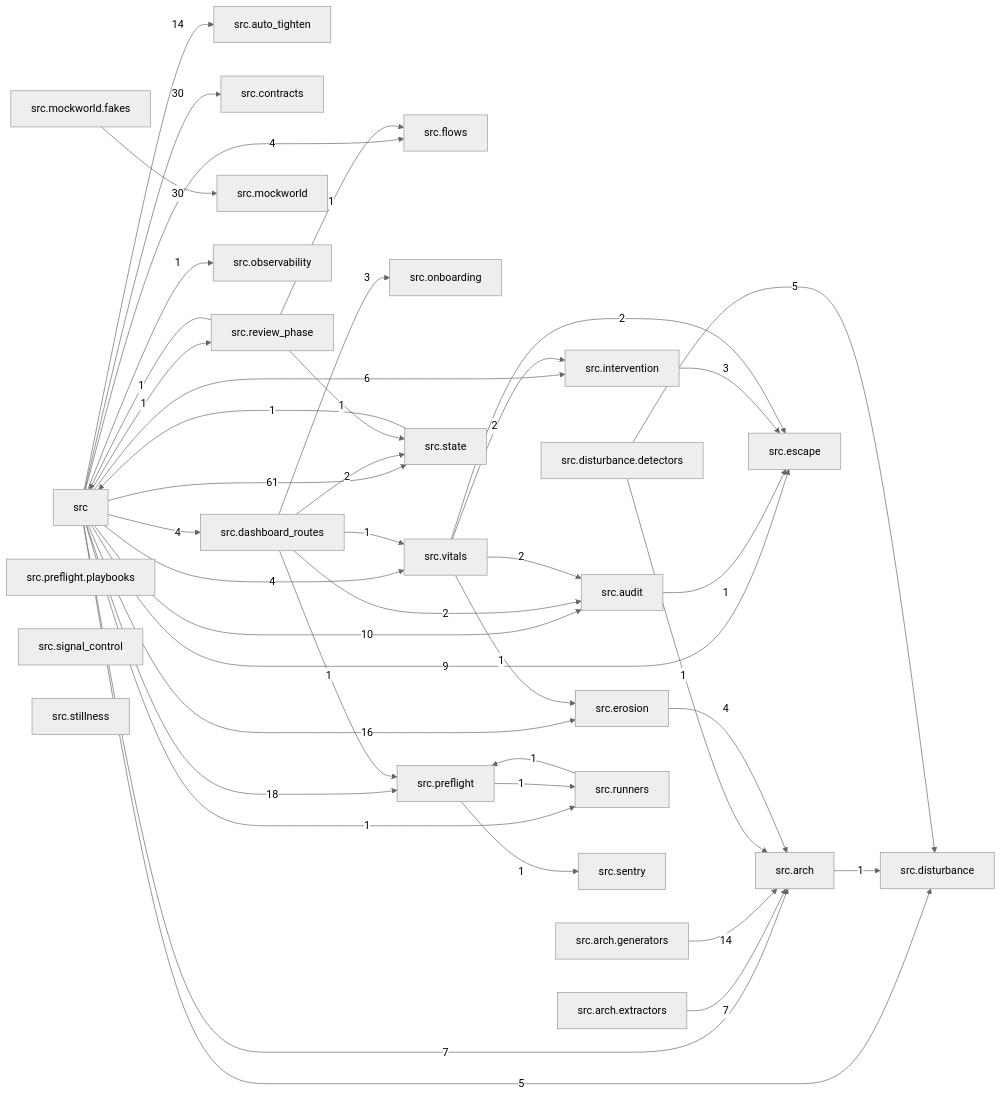
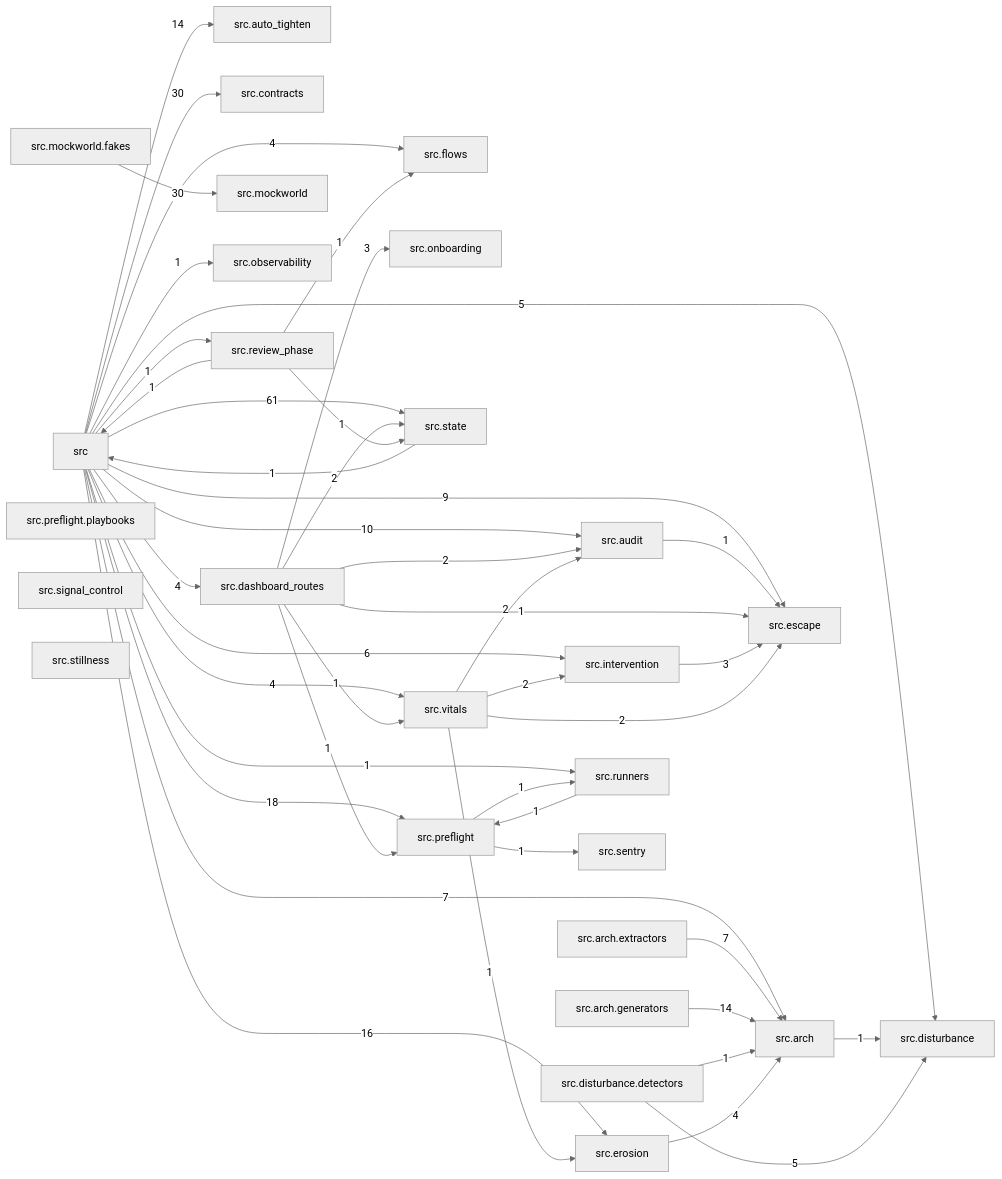
Before and after one commit to T-rav/hydraflow: the diagram in docs/arch/generated/modules.md, drawn with Mermaid (neutral theme). The commit also changed 14 other files, not shown here.

````diff
--- a/docs/arch/generated/modules.md
+++ b/docs/arch/generated/modules.md
@@ -7,71 +7,72 @@
 ```mermaid
 graph LR
     src["src"]
     src_arch["src.arch"]
     src_arch_extractors["src.arch.extractors"]
     src_arch_generators["src.arch.generators"]
     src_audit["src.audit"]
     src_auto_tighten["src.auto_tighten"]
     src_contracts["src.contracts"]
     src_dashboard_routes["src.dashboard_routes"]
     src_disturbance["src.disturbance"]
     src_disturbance_detectors["src.disturbance.detectors"]
     src_erosion["src.erosion"]
     src_escape["src.escape"]
     src_flows["src.flows"]
     src_intervention["src.intervention"]
     src_mockworld["src.mockworld"]
     src_mockworld_fakes["src.mockworld.fakes"]
     src_observability["src.observability"]
     src_onboarding["src.onboarding"]
     src_preflight["src.preflight"]
     src_preflight_playbooks["src.preflight.playbooks"]
     src_review_phase["src.review_phase"]
     src_runners["src.runners"]
     src_sentry["src.sentry"]
     src_signal_control["src.signal_control"]
     src_state["src.state"]
     src_stillness["src.stillness"]
     src_vitals["src.vitals"]
     src -- "7" --> src_arch
     src -- "10" --> src_audit
     src -- "14" --> src_auto_tighten
     src -- "30" --> src_contracts
     src -- "4" --> src_dashboard_routes
     src -- "5" --> src_disturbance
     src -- "16" --> src_erosion
     src -- "9" --> src_escape
     src -- "4" --> src_flows
     src -- "6" --> src_intervention
     src -- "1" --> src_observability
     src -- "18" --> src_preflight
     src -- "1" --> src_review_phase
     src -- "1" --> src_runners
     src -- "61" --> src_state
     src -- "4" --> src_vitals
     src_arch -- "1" --> src_disturbance
     src_arch_extractors -- "7" --> src_arch
     src_arch_generators -- "14" --> src_arch
     src_audit -- "1" --> src_escape
     src_dashboard_routes -- "2" --> src_audit
+    src_dashboard_routes -- "1" --> src_escape
     src_dashboard_routes -- "3" --> src_onboarding
     src_dashboard_routes -- "1" --> src_preflight
     src_dashboard_routes -- "2" --> src_state
     src_dashboard_routes -- "1" --> src_vitals
     src_disturbance_detectors -- "1" --> src_arch
     src_disturbance_detectors -- "5" --> src_disturbance
     src_erosion -- "4" --> src_arch
     src_intervention -- "3" --> src_escape
     src_mockworld_fakes -- "30" --> src_mockworld
     src_preflight -- "1" --> src_runners
     src_preflight -- "1" --> src_sentry
     src_review_phase -- "1" --> src
     src_review_phase -- "1" --> src_flows
     src_review_phase -- "1" --> src_state
     src_runners -- "1" --> src_preflight
     src_state -- "1" --> src
     src_vitals -- "2" --> src_audit
     src_vitals -- "1" --> src_erosion
     src_vitals -- "2" --> src_escape
     src_vitals -- "2" --> src_intervention
 ```
````
